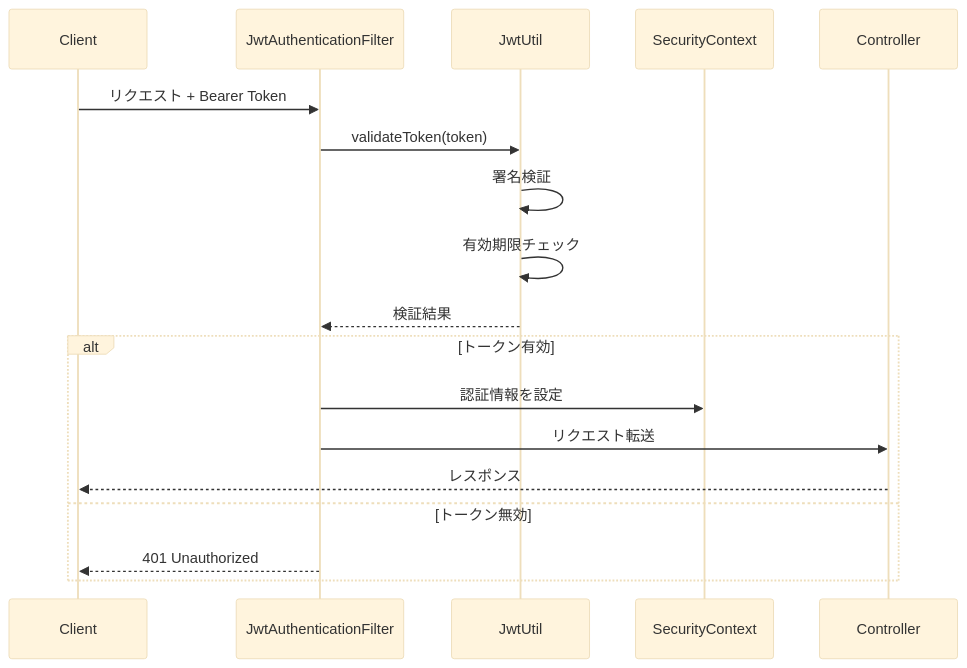
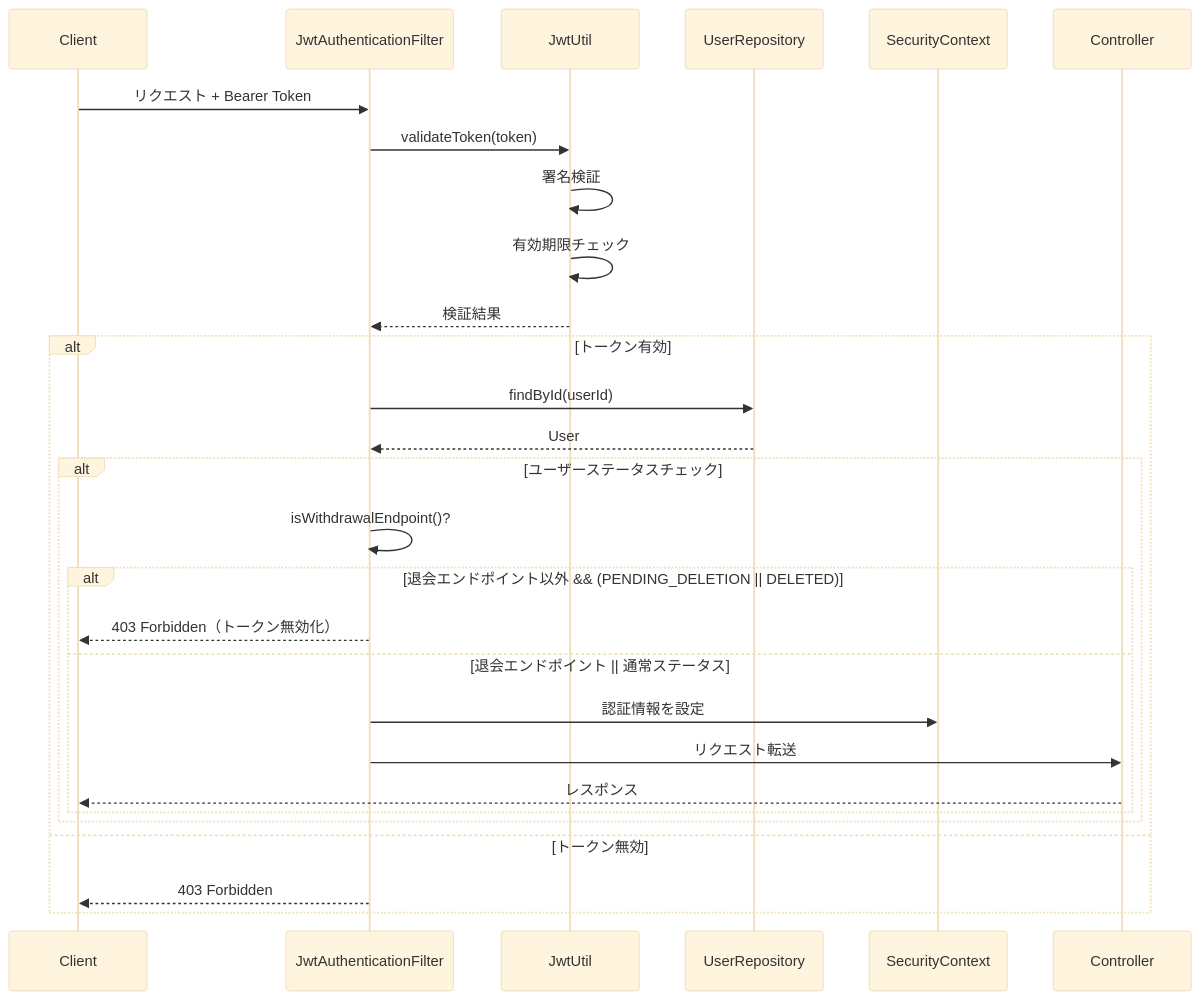
The first of 2 diagrams in ec-site-auth-service/EC-19/セキュリティ設計書.md (satoshi-watanabe-0001/ec-site-system-design-docs), drawn with Mermaid (base theme) before and after one commit. The commit also changed other lines of this file and 1 other file, not shown here.

````diff
--- a/ec-site-auth-service/EC-19/セキュリティ設計書.md
+++ b/ec-site-auth-service/EC-19/セキュリティ設計書.md
@@ -161,22 +161,34 @@
 ```mermaid
 sequenceDiagram
     participant Client
     participant Filter as JwtAuthenticationFilter
     participant JwtUtil
+    participant UserRepository
     participant SecurityContext
     participant Controller
     
     Client->>Filter: リクエスト + Bearer Token
     Filter->>JwtUtil: validateToken(token)
     JwtUtil->>JwtUtil: 署名検証
     JwtUtil->>JwtUtil: 有効期限チェック
     JwtUtil-->>Filter: 検証結果
     
     alt トークン有効
-        Filter->>SecurityContext: 認証情報を設定
-        Filter->>Controller: リクエスト転送
-        Controller-->>Client: レスポンス
+        Filter->>UserRepository: findById(userId)
+        UserRepository-->>Filter: User
+        
+        alt ユーザーステータスチェック
+            Filter->>Filter: isWithdrawalEndpoint()?
+            
+            alt 退会エンドポイント以外 && (PENDING_DELETION || DELETED)
+                Filter-->>Client: 403 Forbidden（トークン無効化）
+            else 退会エンドポイント || 通常ステータス
+                Filter->>SecurityContext: 認証情報を設定
+                Filter->>Controller: リクエスト転送
+                Controller-->>Client: レスポンス
+            end
+        end
     else トークン無効
-        Filter-->>Client: 401 Unauthorized
+        Filter-->>Client: 403 Forbidden
     end
 ```
````
